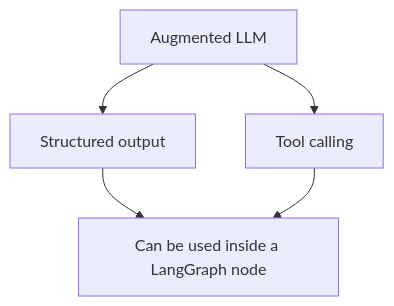
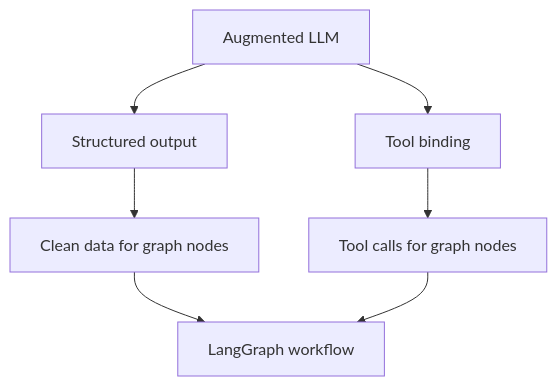
One commit to Walid-Ahmed/langgraph-tutorials changed the diagram in 5-Workflows/resources/langchain_augmentation_snippets.md. Above: the diagram before and after it, drawn with Mermaid. The commit also changed other lines of this file, not shown here.

Commit message:
Add full LangChain augmentation snippets

````diff
--- a/5-Workflows/resources/langchain_augmentation_snippets.md
+++ b/5-Workflows/resources/langchain_augmentation_snippets.md
@@ -9,7 +19,9 @@
 ```mermaid
 flowchart TD
     A["Augmented LLM"] --> B["Structured output"]
-    A --> C["Tool calling"]
-    B --> D["Can be used inside a LangGraph node"]
-    C --> D
+    A --> C["Tool binding"]
+    B --> D["Clean data for graph nodes"]
+    C --> E["Tool calls for graph nodes"]
+    D --> F["LangGraph workflow"]
+    E --> F
 ```
````
